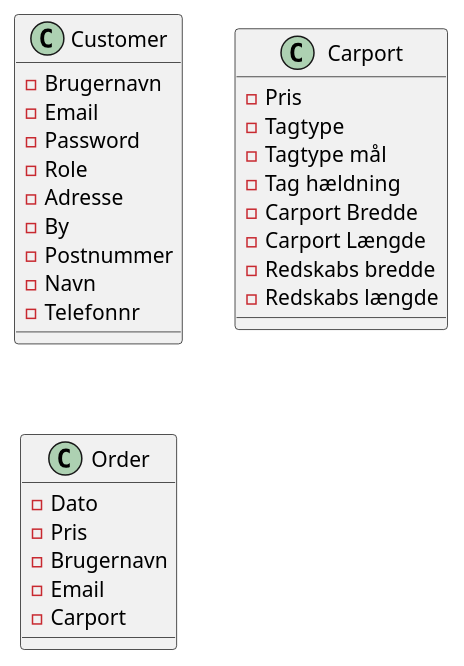
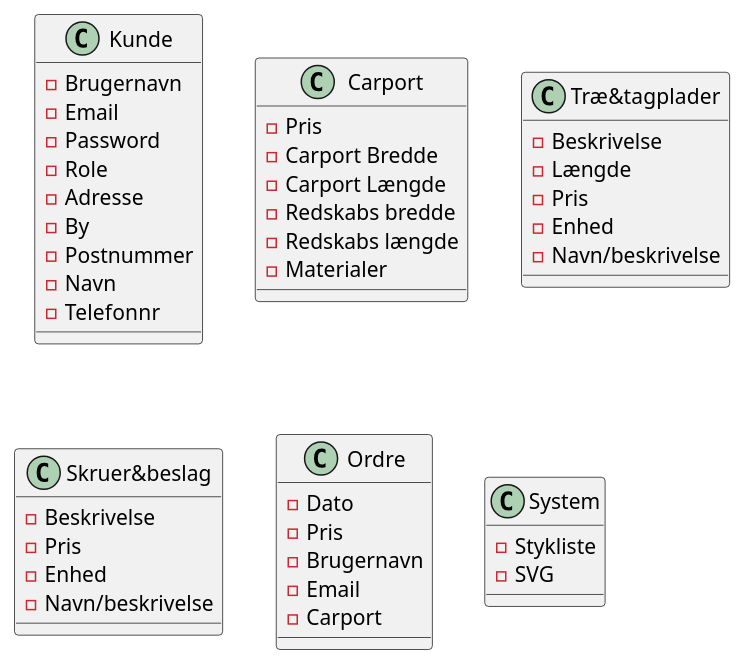
One commit to NatasjaVitoft/Carport changed the diagram in documentation/Domænemodel.puml. Above: the diagram before and after it, drawn with PlantUML. The commit also changed 4 other files, not shown here.

Commit message:
Videre på klassediagram

```diff
--- a/documentation/Domænemodel.puml
+++ b/documentation/Domænemodel.puml
@@ -1,34 +1,51 @@
 @startuml
 
-class Customer {
+class Kunde {
 - Brugernavn
 - Email
 - Password
 - Role
 - Adresse
 - By
 - Postnummer
 - Navn
 - Telefonnr
 }
 
 class Carport {
 - Pris
-- Tagtype
-- Tagtype mål
-- Tag hældning
 - Carport Bredde
 - Carport Længde
 - Redskabs bredde
 - Redskabs længde
+- Materialer
 }
 
-class Order {
+class Træ&tagplader {
+- Beskrivelse
+- Længde
+- Pris
+- Enhed
+- Navn/beskrivelse
+}
+
+class Skruer&beslag {
+- Beskrivelse
+- Pris
+- Enhed
+- Navn/beskrivelse
+}
+class Ordre {
 - Dato
 - Pris
 - Brugernavn
 - Email
 - Carport
 }
 
+class System {
+- Stykliste
+- SVG
+}
+
 @enduml
```
